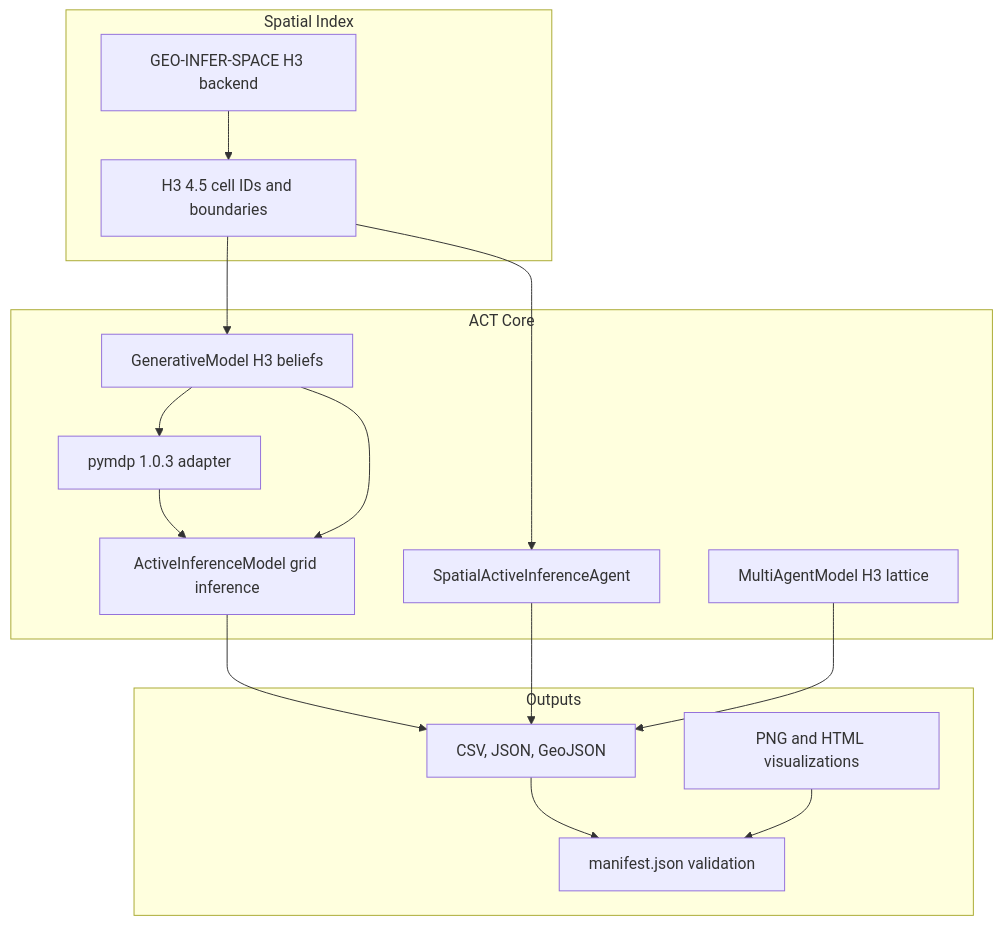
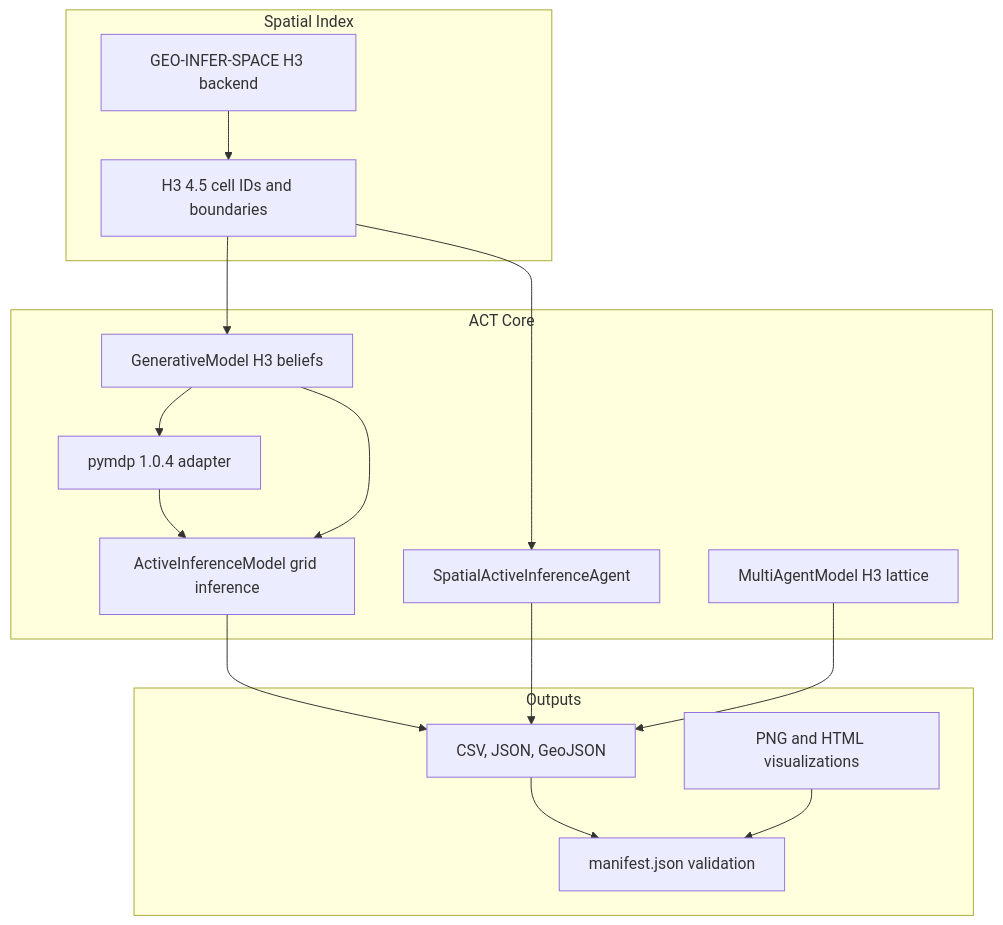
One commit to ActiveInferenceInstitute/GEO_INFER changed the first of 12 diagrams in GEO-INFER-ACT/docs/geospatial_applications.md. Above: the diagram before and after it, drawn with Mermaid. The commit also changed other lines of this file and 45 other files, not shown here.

````diff
--- a/GEO-INFER-ACT/docs/geospatial_applications.md
+++ b/GEO-INFER-ACT/docs/geospatial_applications.md
@@ -11,27 +11,27 @@
 ```mermaid
 flowchart TB
     subgraph "Spatial Index"
         SPACE["GEO-INFER-SPACE H3 backend"]
         H3["H3 4.5 cell IDs and boundaries"]
     end
     subgraph "ACT Core"
         GM["GenerativeModel H3 beliefs"]
-        PYMDP["pymdp 1.0.3 adapter"]
+        PYMDP["pymdp 1.0.4 adapter"]
         AIM["ActiveInferenceModel grid inference"]
         SA["SpatialActiveInferenceAgent"]
         MA["MultiAgentModel H3 lattice"]
     end
     subgraph "Outputs"
         DATA["CSV, JSON, GeoJSON"]
         VIZ["PNG and HTML visualizations"]
         MANIFEST["manifest.json validation"]
     end
     SPACE --> H3 --> GM --> PYMDP
     PYMDP --> AIM
     H3 --> SA
     GM --> AIM --> DATA
     SA --> DATA
     MA --> DATA
     DATA --> MANIFEST
     VIZ --> MANIFEST
 ```
````
